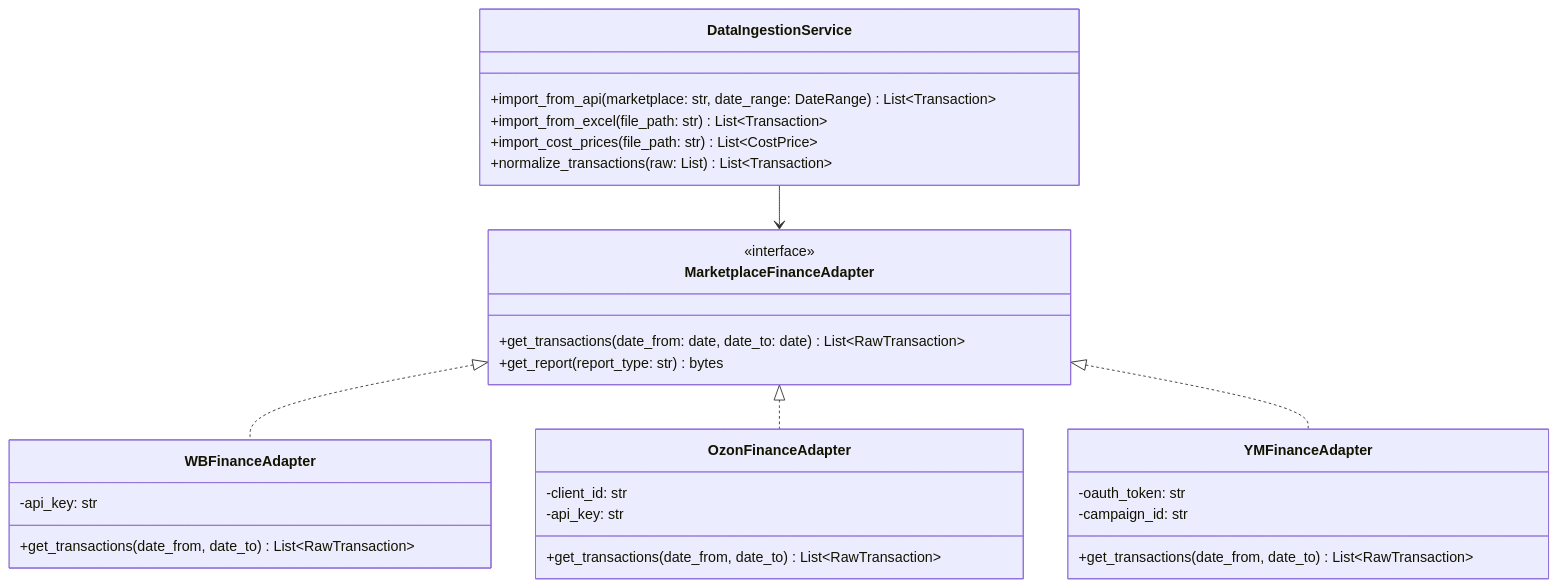
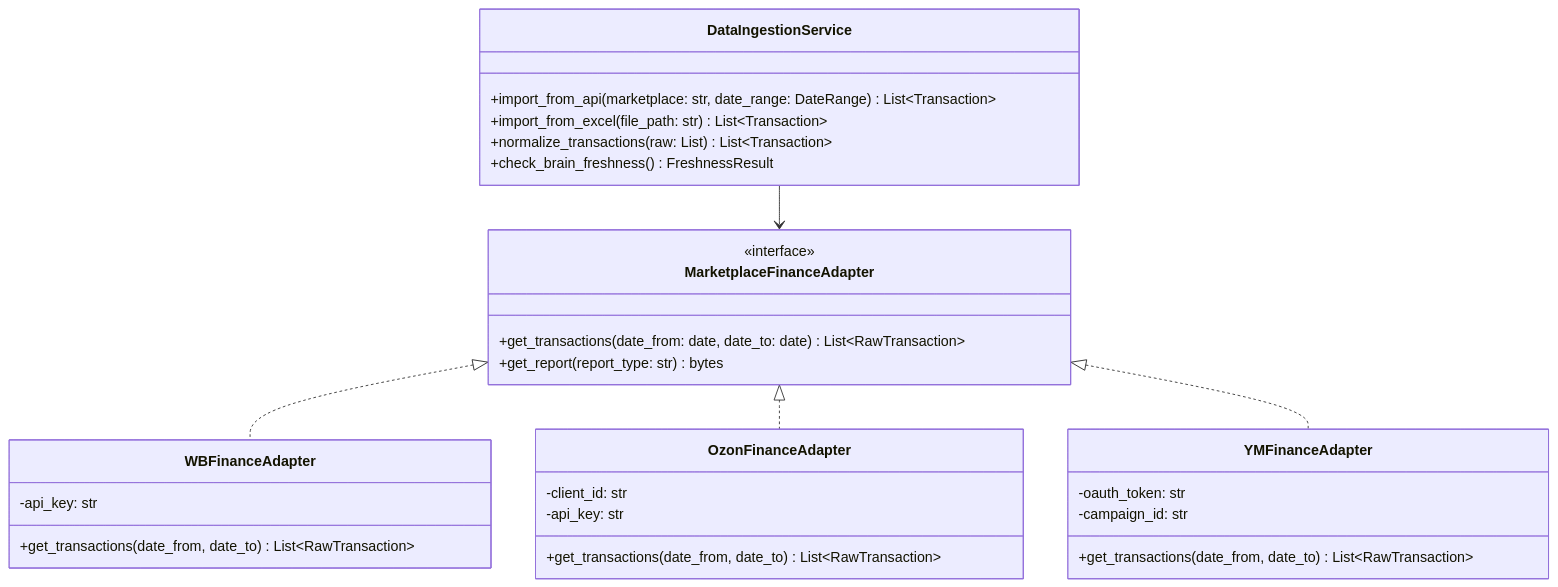
Before and after one commit to Sign25/Docs: the fifth of 7 diagrams in cfo/adolf_cfo_1_architecture.md, drawn with Mermaid. The commit also changed other lines of this file, not shown here.

Commit message:
CFO Раздел 1: Architecture v2.0 — brain_* VIEW, удаление файлового обмена 1С

````diff
--- a/cfo/adolf_cfo_1_architecture.md
+++ b/cfo/adolf_cfo_1_architecture.md
@@ -468,38 +473,38 @@
 ```mermaid
 classDiagram
     class DataIngestionService {
         +import_from_api(marketplace: str, date_range: DateRange) List~Transaction~
         +import_from_excel(file_path: str) List~Transaction~
-        +import_cost_prices(file_path: str) List~CostPrice~
         +normalize_transactions(raw: List) List~Transaction~
+        +check_brain_freshness() FreshnessResult
     }
 
     class MarketplaceFinanceAdapter {
         <<interface>>
         +get_transactions(date_from: date, date_to: date) List~RawTransaction~
         +get_report(report_type: str) bytes
     }
 
     class WBFinanceAdapter {
         -api_key: str
         +get_transactions(date_from, date_to) List~RawTransaction~
     }
 
     class OzonFinanceAdapter {
         -client_id: str
         -api_key: str
         +get_transactions(date_from, date_to) List~RawTransaction~
     }
 
     class YMFinanceAdapter {
         -oauth_token: str
         -campaign_id: str
         +get_transactions(date_from, date_to) List~RawTransaction~
     }
 
     MarketplaceFinanceAdapter <|.. WBFinanceAdapter
     MarketplaceFinanceAdapter <|.. OzonFinanceAdapter
     MarketplaceFinanceAdapter <|.. YMFinanceAdapter
     
     DataIngestionService --> MarketplaceFinanceAdapter
 ```
````
